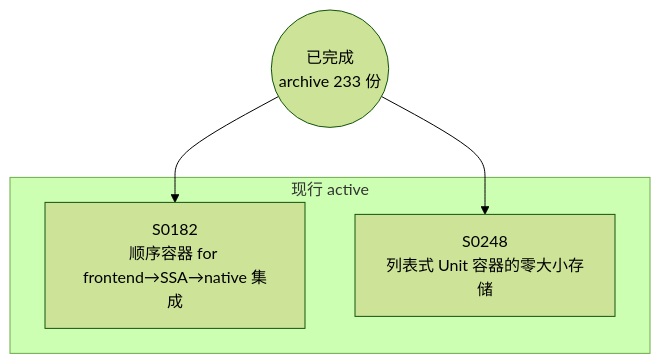
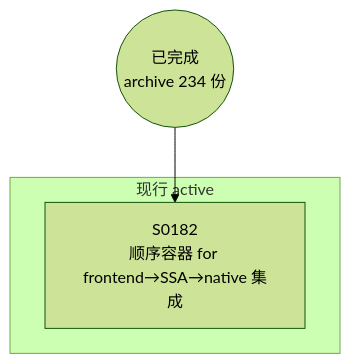
One commit to Halckon/Koven changed the diagram in docs/specs/dependency-graph.md. Above: the diagram before and after it, drawn with Mermaid (forest theme). The commit also changed other lines of this file and 10 other files, not shown here.

Commit message:
docs(spec): archive verified Unit storage slice (SPEC-0248)

````diff
--- a/docs/specs/dependency-graph.md
+++ b/docs/specs/dependency-graph.md
@@ -9,10 +9,8 @@
 ```mermaid
 flowchart TD
-ARCH(("已完成<br/>archive 233 份"))
+ARCH(("已完成<br/>archive 234 份"))
 subgraph Gactive["现行 active"]
   S0182["S0182<br/>顺序容器 for frontend→SSA→native 集成"]
-  S0248["S0248<br/>列表式 Unit 容器的零大小存储"]
 end
 ARCH --> S0182
-ARCH --> S0248
 ```
````
